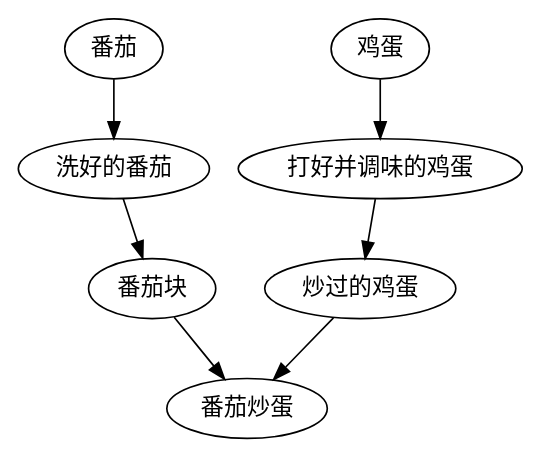
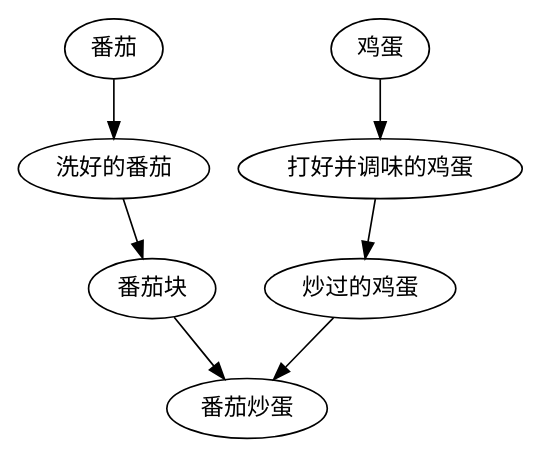
One commit to letscan/ProgrammingBasics changed the diagram in Concepts.rst. Above: the diagram before and after it, drawn with Graphviz. The commit also changed 1 other file, not shown here.

Commit message:
test fc-list again again

```diff
--- a/Concepts.rst
+++ b/Concepts.rst
@@ -53,8 +53,8 @@
 .. graphviz::
 
     digraph {
-        node[fontname="Noto Sans CJK SC"];
+        node[fontname="DejaVu Sans"];
 
         "番茄" -> "洗好的番茄" -> "番茄块" -> "番茄炒蛋";
         "鸡蛋" -> "打好并调味的鸡蛋" -> "炒过的鸡蛋" -> "番茄炒蛋";
     }
```
